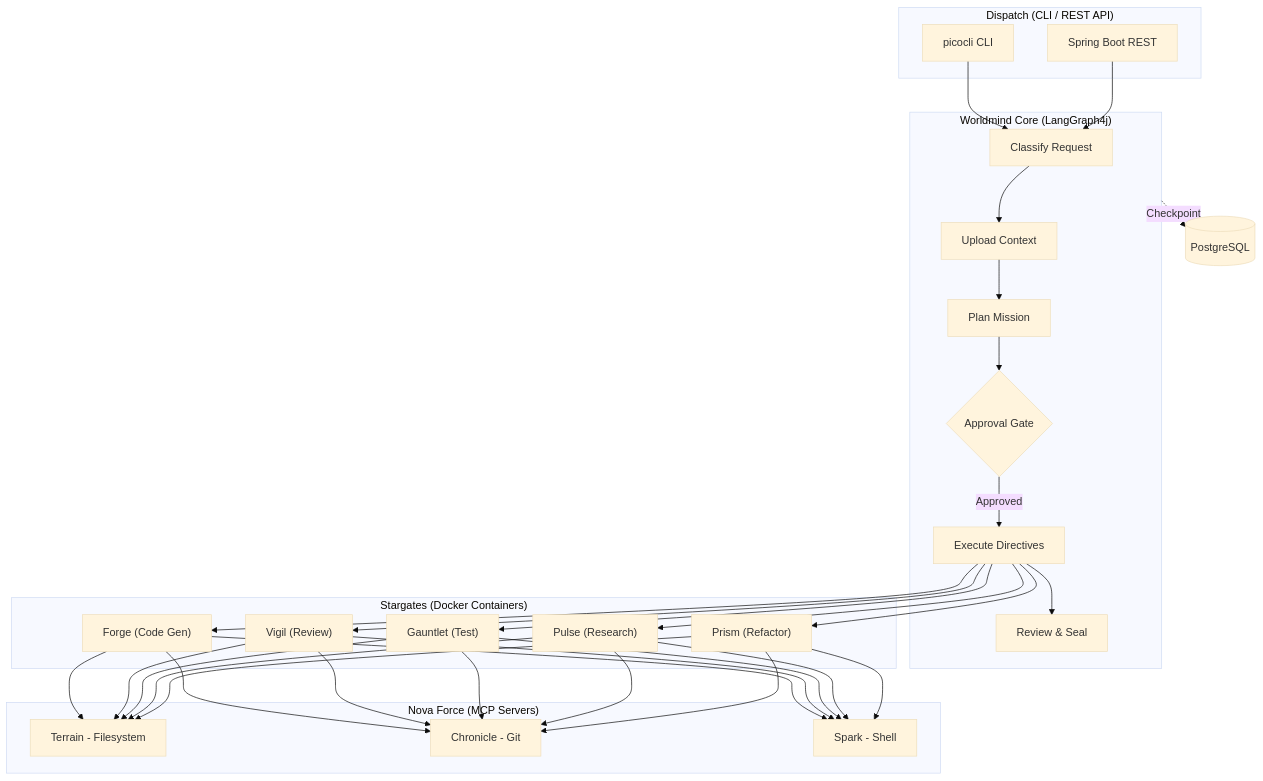
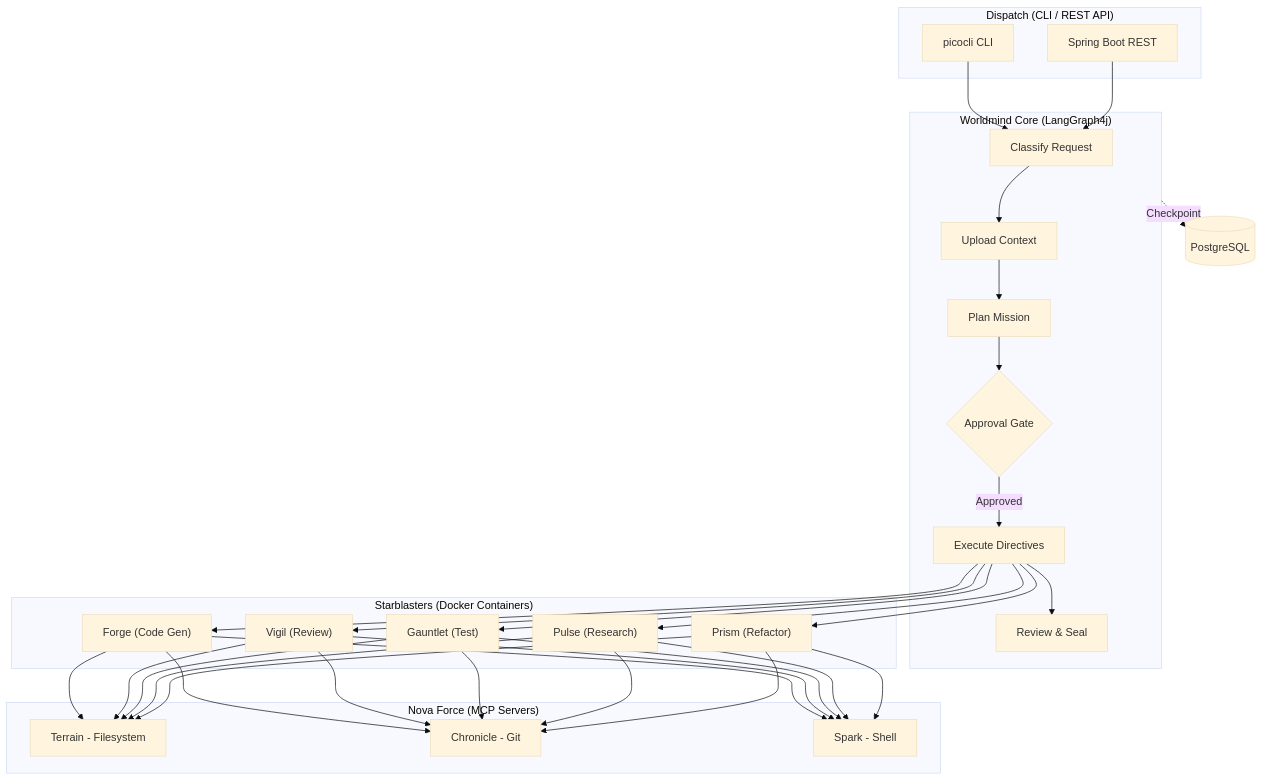
The diagram in README.md (dbbaskette/Worldmind), drawn with Mermaid (base theme) before and after one commit. The commit also changed other lines of this file and 73 other files, not shown here.

````diff
--- a/README.md
+++ b/README.md
@@ -38,41 +38,41 @@
 ```mermaid
 flowchart TB
     subgraph Dispatch["Dispatch (CLI / REST API)"]
         CLI[picocli CLI]
         REST[Spring Boot REST]
     end
 
     subgraph Core["Worldmind Core (LangGraph4j)"]
         Classify[Classify Request]
         Upload[Upload Context]
         Plan[Plan Mission]
         Approve{Approval Gate}
         Execute[Execute Directives]
         Review[Review & Seal]
     end
 
-    subgraph Stargates["Stargates (Docker Containers)"]
+    subgraph Starblasters["Starblasters (Docker Containers)"]
         Forge["Forge (Code Gen)"]
         Vigil["Vigil (Review)"]
         Gauntlet["Gauntlet (Test)"]
         Pulse["Pulse (Research)"]
         Prism["Prism (Refactor)"]
     end
 
     subgraph NovaForce["Nova Force (MCP Servers)"]
         Terrain[Terrain - Filesystem]
         Chronicle[Chronicle - Git]
         Spark[Spark - Shell]
     end
 
     DB[(PostgreSQL)]
 
     CLI --> Classify
     REST --> Classify
     Classify --> Upload --> Plan --> Approve
     Approve -->|Approved| Execute
     Execute --> Forge & Vigil & Gauntlet & Pulse & Prism
     Forge & Vigil & Gauntlet & Pulse & Prism --> Terrain & Chronicle & Spark
     Execute --> Review
     Core -.->|Checkpoint| DB
 ```
````
